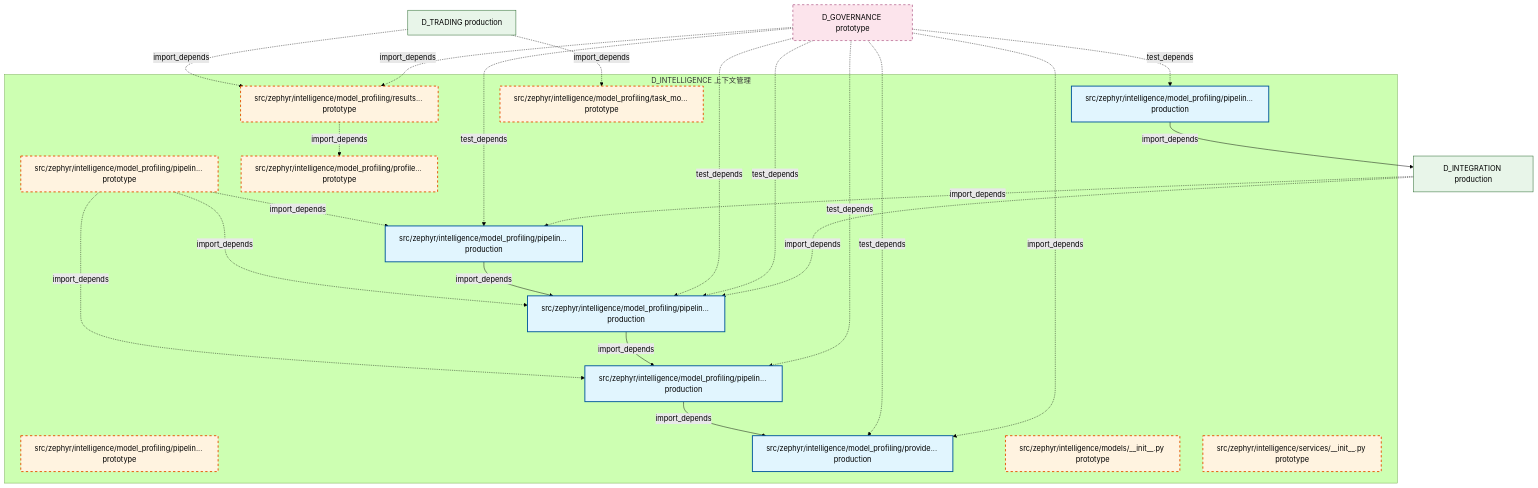
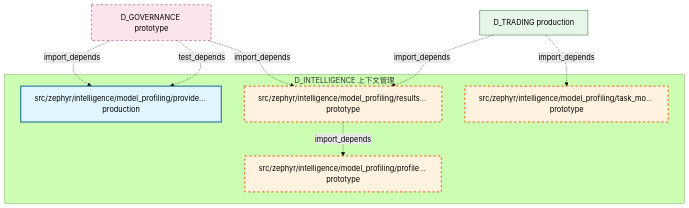
Before and after one commit to xuanFelixVan/ZephyrAlpha: the second of 2 diagrams in docs/02_enterprise_architecture/02_domain_architecture_docs/40_d_intelligence.md, drawn with Mermaid (forest theme). The commit also changed other lines of this file and 52 other files, not shown here.

````diff
--- a/docs/02_enterprise_architecture/02_domain_architecture_docs/40_d_intelligence.md
+++ b/docs/02_enterprise_architecture/02_domain_architecture_docs/40_d_intelligence.md
@@ -144,48 +155,25 @@
 ```mermaid
 graph TD
     subgraph D_INTELLIGENCE["D_INTELLIGENCE 上下文管理"]
-        src_zephyr_intelligence_model_profiling_pipeline_routing_cli_py["src/zephyr/intelligence/model_profiling/pipelin... prototype"]
-        src_zephyr_intelligence_model_profiling_pipeline_routing_deepseek_v4_chat_py["src/zephyr/intelligence/model_profiling/pipelin... prototype"]
-        src_zephyr_intelligence_model_profiling_pipeline_routing_model_discovery_py["src/zephyr/intelligence/model_profiling/pipelin... production"]
-        src_zephyr_intelligence_model_profiling_pipeline_routing_profiler_py["src/zephyr/intelligence/model_profiling/pipelin... production"]
-        src_zephyr_intelligence_model_profiling_pipeline_routing_results_writer_py["src/zephyr/intelligence/model_profiling/pipelin... production"]
-        src_zephyr_intelligence_model_profiling_pipeline_routing_task_model_learner_py["src/zephyr/intelligence/model_profiling/pipelin... production"]
         src_zephyr_intelligence_model_profiling_profiler_py["src/zephyr/intelligence/model_profiling/profile... prototype"]
         src_zephyr_intelligence_model_profiling_provider_data_py["src/zephyr/intelligence/model_profiling/provide... production"]
         src_zephyr_intelligence_model_profiling_results_writer_py["src/zephyr/intelligence/model_profiling/results... prototype"]
         src_zephyr_intelligence_model_profiling_task_model_learner_py["src/zephyr/intelligence/model_profiling/task_mo... prototype"]
-        src_zephyr_intelligence_models_init_py["src/zephyr/intelligence/models/__init__.py prototype"]
-        src_zephyr_intelligence_services_init_py["src/zephyr/intelligence/services/__init__.py prototype"]
     end
     src_zephyr_intelligence_model_profiling_results_writer_py -.->|import_depends| src_zephyr_intelligence_model_profiling_profiler_py
-    src_zephyr_intelligence_model_profiling_pipeline_routing_cli_py -.->|import_depends| src_zephyr_intelligence_model_profiling_pipeline_routing_profiler_py
-    src_zephyr_intelligence_model_profiling_pipeline_routing_cli_py -.->|import_depends| src_zephyr_intelligence_model_profiling_pipeline_routing_model_discovery_py
-    src_zephyr_intelligence_model_profiling_pipeline_routing_cli_py -.->|import_depends| src_zephyr_intelligence_model_profiling_pipeline_routing_results_writer_py
-    src_zephyr_intelligence_model_profiling_pipeline_routing_profiler_py -->|import_depends| src_zephyr_intelligence_model_profiling_pipeline_routing_model_discovery_py
-    src_zephyr_intelligence_model_profiling_pipeline_routing_model_discovery_py -->|import_depends| src_zephyr_intelligence_model_profiling_provider_data_py
-    src_zephyr_intelligence_model_profiling_pipeline_routing_results_writer_py -->|import_depends| src_zephyr_intelligence_model_profiling_pipeline_routing_profiler_py
-    D_INTEGRATION["D_INTEGRATION production"]
-    src_zephyr_intelligence_model_profiling_pipeline_routing_task_model_learner_py -->|import_depends| D_INTEGRATION
+    D_GOVERNANCE["D_GOVERNANCE prototype"]
+    D_GOVERNANCE -.->|import_depends| src_zephyr_intelligence_model_profiling_provider_data_py
+    D_GOVERNANCE -.->|import_depends| src_zephyr_intelligence_model_profiling_results_writer_py
     D_TRADING["D_TRADING production"]
+    D_TRADING -.->|import_depends| src_zephyr_intelligence_model_profiling_task_model_learner_py
     D_TRADING -.->|import_depends| src_zephyr_intelligence_model_profiling_results_writer_py
-    D_GOVERNANCE["D_GOVERNANCE prototype"]
-    D_GOVERNANCE -.->|import_depends| src_zephyr_intelligence_model_profiling_results_writer_py
-    D_TRADING -.->|import_depends| src_zephyr_intelligence_model_profiling_task_model_learner_py
     D_GOVERNANCE -.->|test_depends| src_zephyr_intelligence_model_profiling_provider_data_py
-    D_GOVERNANCE -.->|import_depends| src_zephyr_intelligence_model_profiling_provider_data_py
-    D_GOVERNANCE -.->|test_depends| src_zephyr_intelligence_model_profiling_pipeline_routing_profiler_py
-    D_GOVERNANCE -.->|test_depends| src_zephyr_intelligence_model_profiling_pipeline_routing_profiler_py
-    D_INTEGRATION -.->|import_depends| src_zephyr_intelligence_model_profiling_pipeline_routing_profiler_py
-    D_GOVERNANCE -.->|test_depends| src_zephyr_intelligence_model_profiling_pipeline_routing_model_discovery_py
-    D_GOVERNANCE -.->|test_depends| src_zephyr_intelligence_model_profiling_pipeline_routing_task_model_learner_py
-    D_GOVERNANCE -.->|test_depends| src_zephyr_intelligence_model_profiling_pipeline_routing_results_writer_py
-    D_INTEGRATION -.->|import_depends| src_zephyr_intelligence_model_profiling_pipeline_routing_results_writer_py
     classDef production fill:#e1f5fe,stroke:#01579b,stroke-width:2px,color:#000
     classDef design fill:#fff3e0,stroke:#e65100,stroke-width:2px,color:#000,stroke-dasharray: 5 5
     classDef external_prod fill:#e8f5e9,stroke:#1b5e20,stroke-width:1px,color:#000
     classDef external_design fill:#fce4ec,stroke:#880e4f,stroke-width:1px,color:#000,stroke-dasharray: 5 5
-    class src_zephyr_intelligence_model_profiling_pipeline_routing_model_discovery_py,src_zephyr_intelligence_model_profiling_pipeline_routing_profiler_py,src_zephyr_intelligence_model_profiling_pipeline_routing_results_writer_py,src_zephyr_intelligence_model_profiling_pipeline_routing_task_model_learner_py,src_zephyr_intelligence_model_profiling_provider_data_py production
-    class src_zephyr_intelligence_model_profiling_pipeline_routing_cli_py,src_zephyr_intelligence_model_profiling_pipeline_routing_deepseek_v4_chat_py,src_zephyr_intelligence_model_profiling_profiler_py,src_zephyr_intelligence_model_profiling_results_writer_py,src_zephyr_intelligence_model_profiling_task_model_learner_py,src_zephyr_intelligence_models_init_py,src_zephyr_intelligence_services_init_py design
-    class D_INTEGRATION,D_TRADING external_prod
+    class src_zephyr_intelligence_model_profiling_provider_data_py production
+    class src_zephyr_intelligence_model_profiling_profiler_py,src_zephyr_intelligence_model_profiling_results_writer_py,src_zephyr_intelligence_model_profiling_task_model_learner_py design
+    class D_TRADING external_prod
     class D_GOVERNANCE external_design
 ```
````
